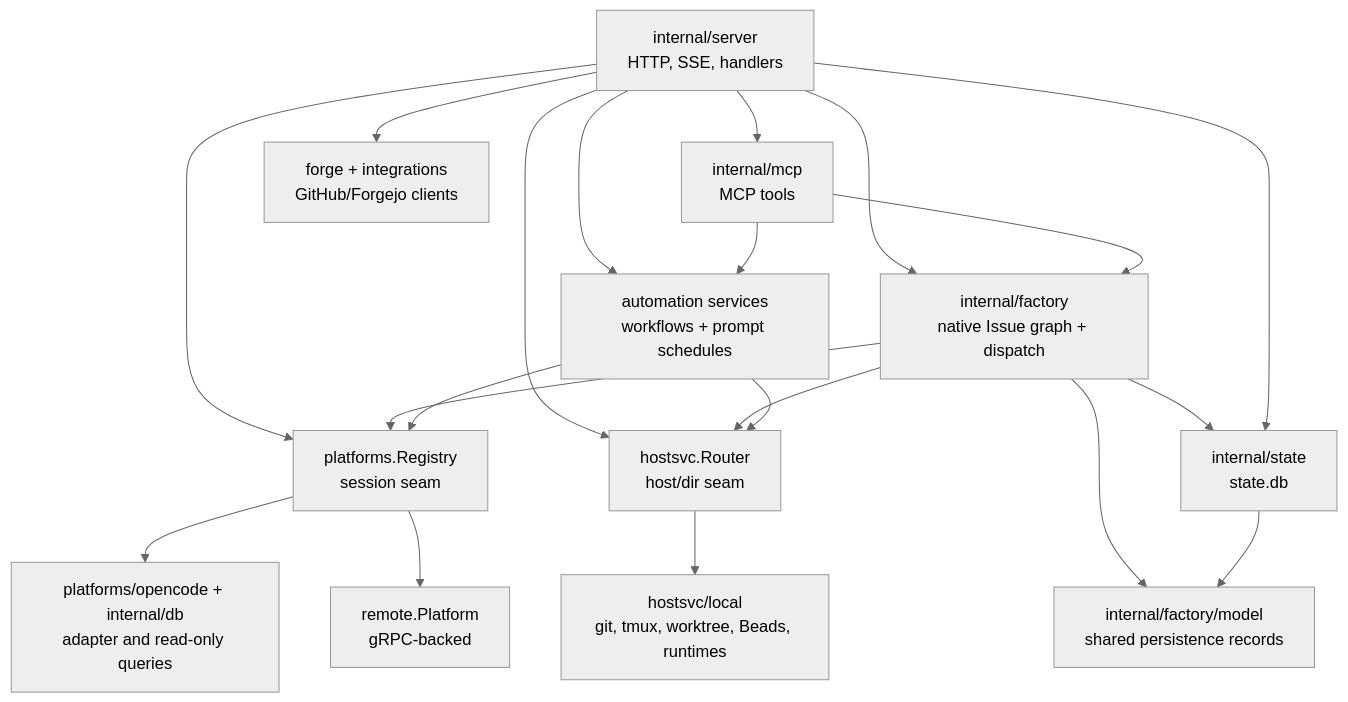
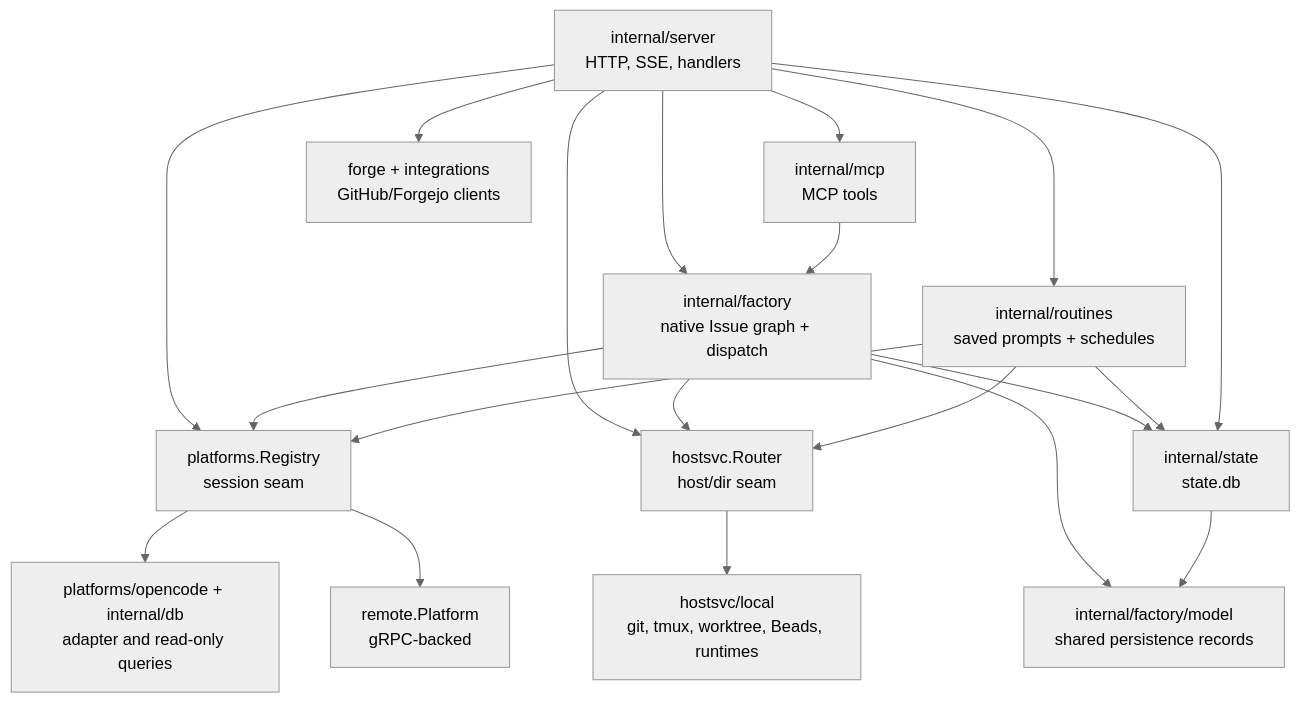
One commit to ocman/ocman changed the third of 5 diagrams in docs/other/architecture.md. Above: the diagram before and after it, drawn with Mermaid (neutral theme). The commit also changed other lines of this file and 11 other files, not shown here.

````diff
--- a/docs/other/architecture.md
+++ b/docs/other/architecture.md
@@ -88,22 +74,22 @@
 ```mermaid
 flowchart TD
     Server[internal/server<br/>HTTP, SSE, handlers] --> Registry[platforms.Registry<br/>session seam]
     Server --> Router[hostsvc.Router<br/>host/dir seam]
-    Server --> Workflows[automation services<br/>workflows + prompt schedules]
+    Server --> Routines[internal/routines<br/>saved prompts + schedules]
     Server --> Factory[internal/factory<br/>native Issue graph + dispatch]
     Factory --> FactoryModel[internal/factory/model<br/>shared persistence records]
     Factory --> State
     State --> FactoryModel
     Factory --> Registry
     Factory --> Router
-    Workflows --> Registry
-    Workflows --> Router
+    Routines --> Registry
+    Routines --> Router
+    Routines --> State
     Server --> MCP[internal/mcp<br/>MCP tools]
-    MCP --> Workflows
     MCP --> Factory
     Registry --> OC[platforms/opencode + internal/db<br/>adapter and read-only queries]
     Registry --> RP[remote.Platform<br/>gRPC-backed]
     Router --> Local[hostsvc/local<br/>git, tmux, worktree, Beads, runtimes]
     Server --> State[internal/state<br/>state.db]
     Server --> Forge[forge + integrations<br/>GitHub/Forgejo clients]
 ```
````
